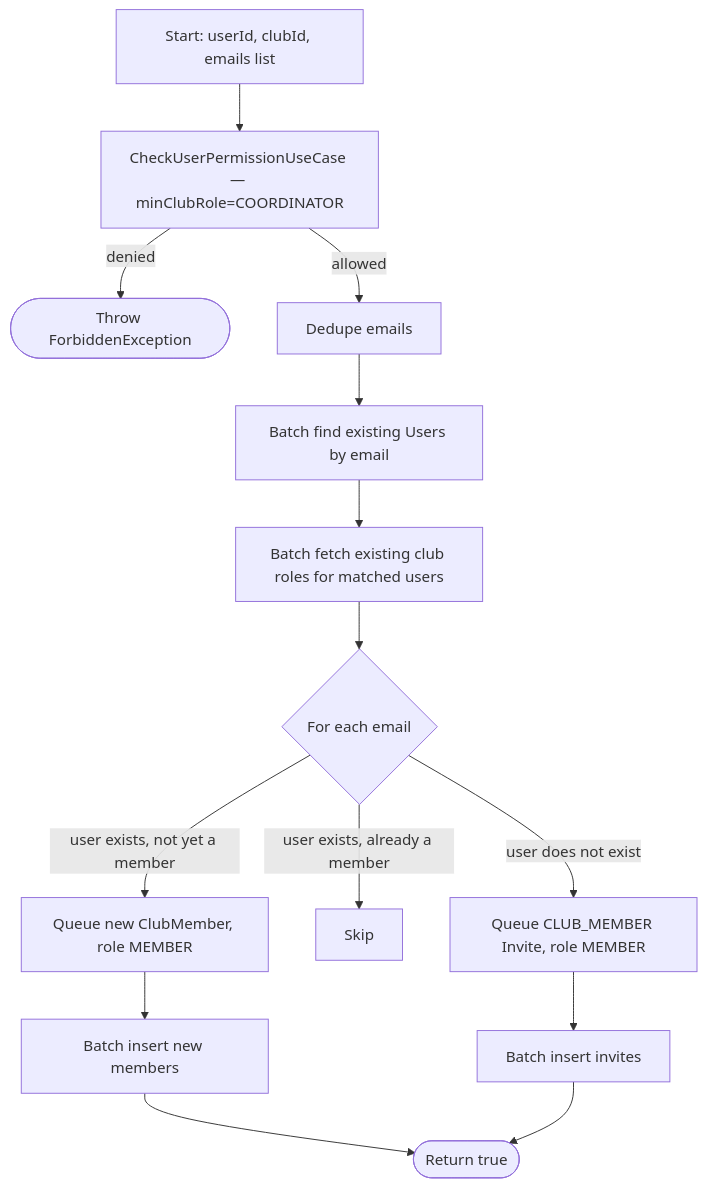
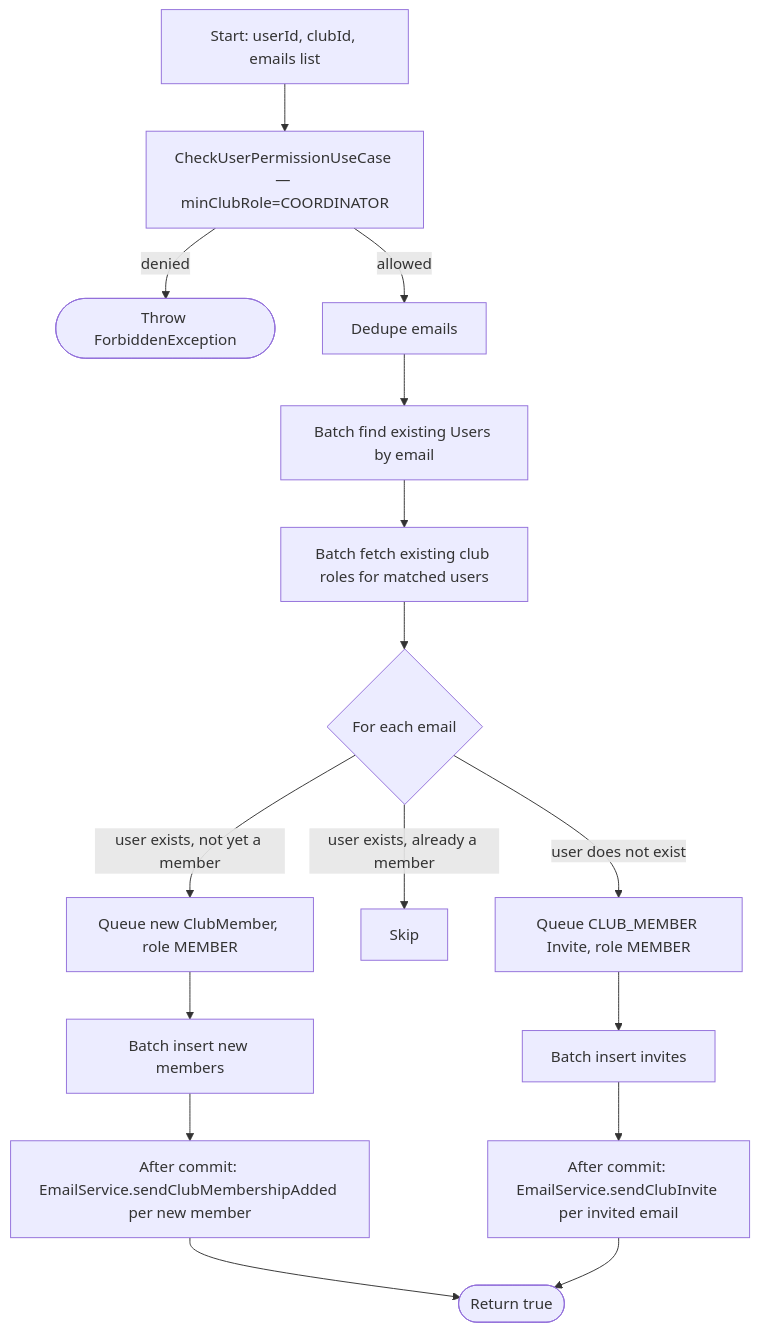
Before and after one commit to ricardofrango/squadify: diagram 14 of 45 in PROCESS_FLOWS.md, drawn with Mermaid. The commit also changed other lines of this file and 1 other file, not shown here.

First line of the commit message:
Update PROCESS_FLOWS.md flowcharts for the email step, add notifications to roadmap

````diff
--- a/PROCESS_FLOWS.md
+++ b/PROCESS_FLOWS.md
@@ -272,16 +276,18 @@
 ```mermaid
 graph TD
     A[Start: userId, clubId, emails list] --> B[CheckUserPermissionUseCase — minClubRole=COORDINATOR]
     B -- denied --> F(["Throw ForbiddenException"])
     B -- allowed --> C[Dedupe emails]
     C --> D[Batch find existing Users by email]
     D --> E[Batch fetch existing club roles for matched users]
     E --> G{For each email}
     G -- user exists, not yet a member --> H[Queue new ClubMember, role MEMBER]
     G -- user exists, already a member --> SKIP[Skip]
     G -- user does not exist --> I[Queue CLUB_MEMBER Invite, role MEMBER]
     H --> J[Batch insert new members]
     I --> K[Batch insert invites]
-    J --> Z(["Return true"])
-    K --> Z
+    J --> L["After commit: EmailService.sendClubMembershipAdded per new member"]
+    K --> M["After commit: EmailService.sendClubInvite per invited email"]
+    L --> Z(["Return true"])
+    M --> Z
 ```
````
